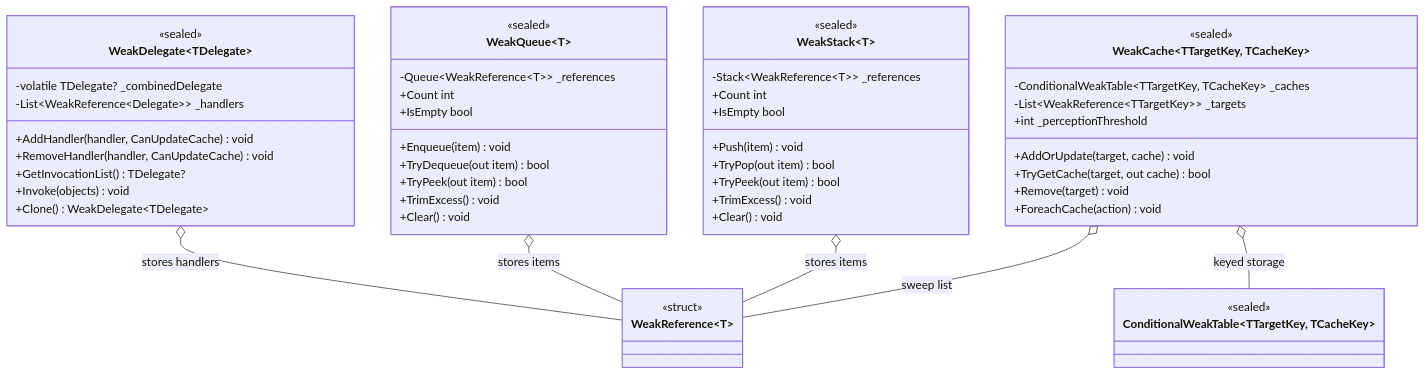
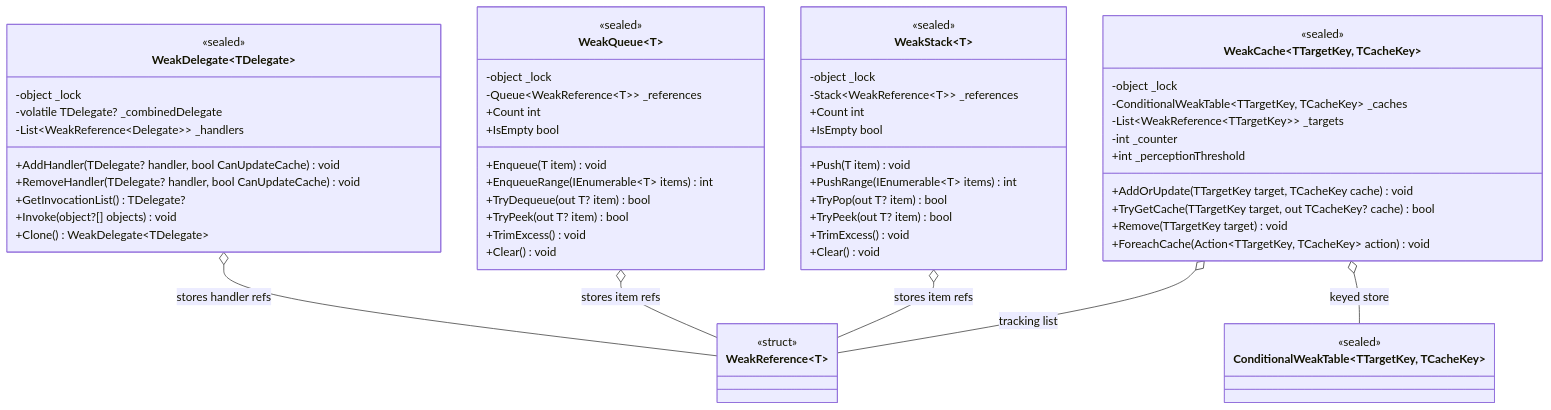
Before and after one commit to Axvser/VeloxDev.Docs: the diagram in src/CloudGlyph/Assets/Docs/content/en/3_SE_Analysis/02_design-patterns/07_weak-types/index.md, drawn with Mermaid. The commit also changed other lines of this file and 443 other files, not shown here.

````diff
--- a/src/CloudGlyph/Assets/Docs/content/en/3_SE_Analysis/02_design-patterns/07_weak-types/index.md
+++ b/src/CloudGlyph/Assets/Docs/content/en/3_SE_Analysis/02_design-patterns/07_weak-types/index.md
@@ -5,57 +5,64 @@
 ```mermaid
 classDiagram
     class WeakDelegate~TDelegate~ {
         <<sealed>>
+        -object _lock
         -volatile TDelegate? _combinedDelegate
         -List~WeakReference~Delegate~~ _handlers
-        +AddHandler(handler, CanUpdateCache) void
-        +RemoveHandler(handler, CanUpdateCache) void
+        +AddHandler(TDelegate? handler, bool CanUpdateCache) void
+        +RemoveHandler(TDelegate? handler, bool CanUpdateCache) void
         +GetInvocationList() TDelegate?
-        +Invoke(objects) void
+        +Invoke(object?[] objects) void
         +Clone() WeakDelegate~TDelegate~
     }
     class WeakQueue~T~ {
         <<sealed>>
+        -object _lock
         -Queue~WeakReference~T~~ _references
         +Count int
         +IsEmpty bool
-        +Enqueue(item) void
-        +TryDequeue(out item) bool
-        +TryPeek(out item) bool
+        +Enqueue(T item) void
+        +EnqueueRange(IEnumerable~T~ items) int
+        +TryDequeue(out T? item) bool
+        +TryPeek(out T? item) bool
         +TrimExcess() void
         +Clear() void
     }
     class WeakStack~T~ {
         <<sealed>>
+        -object _lock
         -Stack~WeakReference~T~~ _references
         +Count int
         +IsEmpty bool
-        +Push(item) void
-        +TryPop(out item) bool
-        +TryPeek(out item) bool
+        +Push(T item) void
+        +PushRange(IEnumerable~T~ items) int
+        +TryPop(out T? item) bool
+        +TryPeek(out T? item) bool
         +TrimExcess() void
         +Clear() void
     }
     class WeakCache~TTargetKey, TCacheKey~ {
         <<sealed>>
+        -object _lock
         -ConditionalWeakTable~TTargetKey, TCacheKey~ _caches
         -List~WeakReference~TTargetKey~~ _targets
+        -int _counter
         +int _perceptionThreshold
-        +AddOrUpdate(target, cache) void
-        +TryGetCache(target, out cache) bool
-        +Remove(target) void
-        +ForeachCache(action) void
+        +AddOrUpdate(TTargetKey target, TCacheKey cache) void
+        +TryGetCache(TTargetKey target, out TCacheKey? cache) bool
+        +Remove(TTargetKey target) void
+        +ForeachCache(Action~TTargetKey, TCacheKey~ action) void
     }
     class WeakReference~T~ {
         <<struct>>
     }
     class ConditionalWeakTable~TTargetKey, TCacheKey~ {
         <<sealed>>
     }
 
-    WeakDelegate~TDelegate~ o-- WeakReference~Delegate~ : stores handlers
-    WeakQueue~T~ o-- WeakReference~T~ : stores items
-    WeakStack~T~ o-- WeakReference~T~ : stores items
-    WeakCache~TTargetKey, TCacheKey~ o-- ConditionalWeakTable~TTargetKey, TCacheKey~ : keyed storage
-    WeakCache~TTargetKey, TCacheKey~ o-- WeakReference~TTargetKey~ : sweep list
+    WeakDelegate~TDelegate~ o-- WeakReference~Delegate~ : stores handler refs
+    WeakQueue~T~ o-- WeakReference~T~ : stores item refs
+    WeakStack~T~ o-- WeakReference~T~ : stores item refs
+    WeakCache~TTargetKey, TCacheKey~ o-- ConditionalWeakTable~TTargetKey, TCacheKey~ : keyed store
+    WeakCache~TTargetKey, TCacheKey~ o-- WeakReference~TTargetKey~ : tracking list
 ```
````
